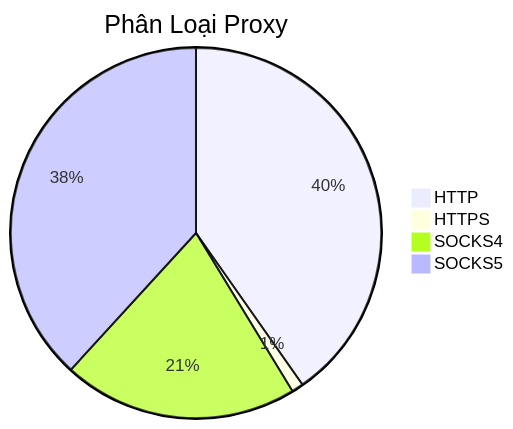
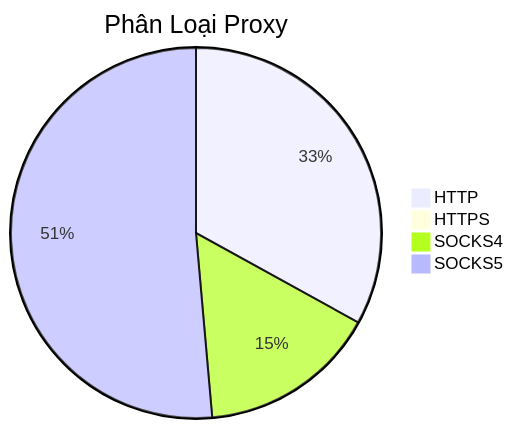
The diagram in README.md (Ciara-Aa/PROXY-free), drawn with Mermaid before and after one commit. The commit also changed other lines of this file and 4 other files, not shown here.

````diff
--- a/README.md
+++ b/README.md
@@ -26,7 +26,7 @@
 ```mermaid
 pie title Phân Loại Proxy
-    "HTTP" : 314
-    "HTTPS" : 8
-    "SOCKS4" : 160
-    "SOCKS5" : 298
+    "HTTP" : 248
+    "HTTPS" : 5
+    "SOCKS4" : 117
+    "SOCKS5" : 386
 ```
````
